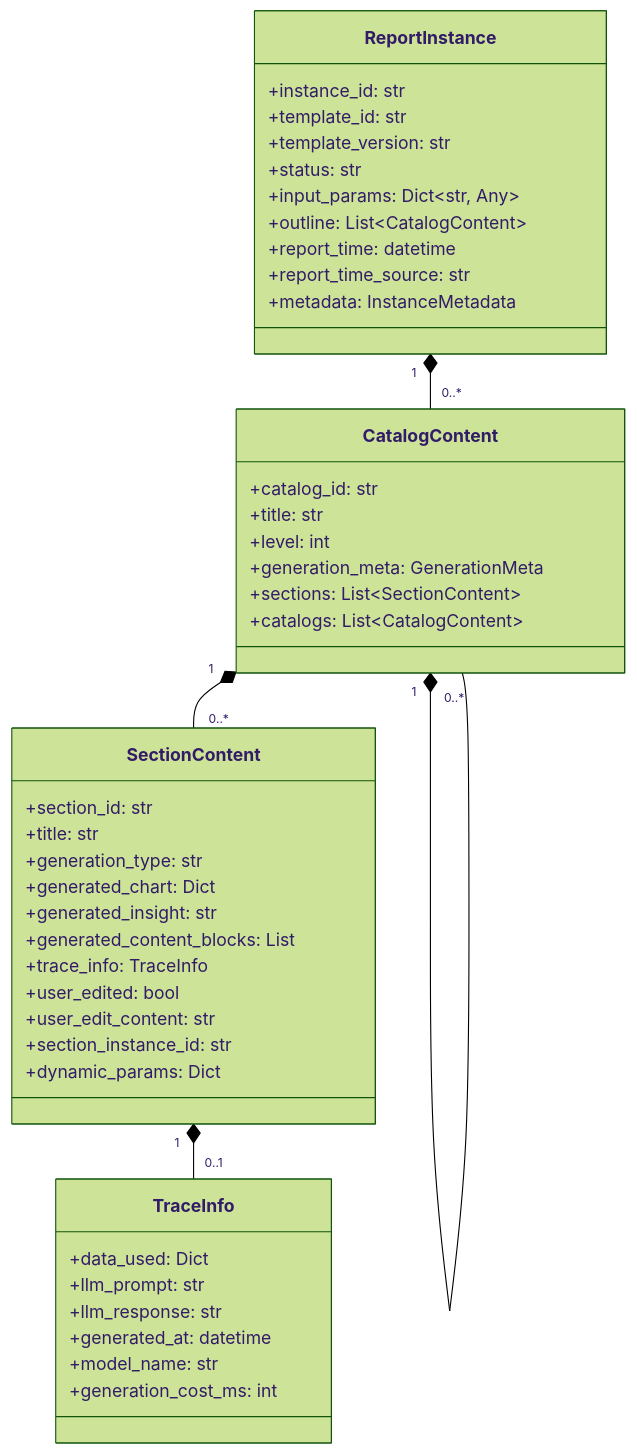
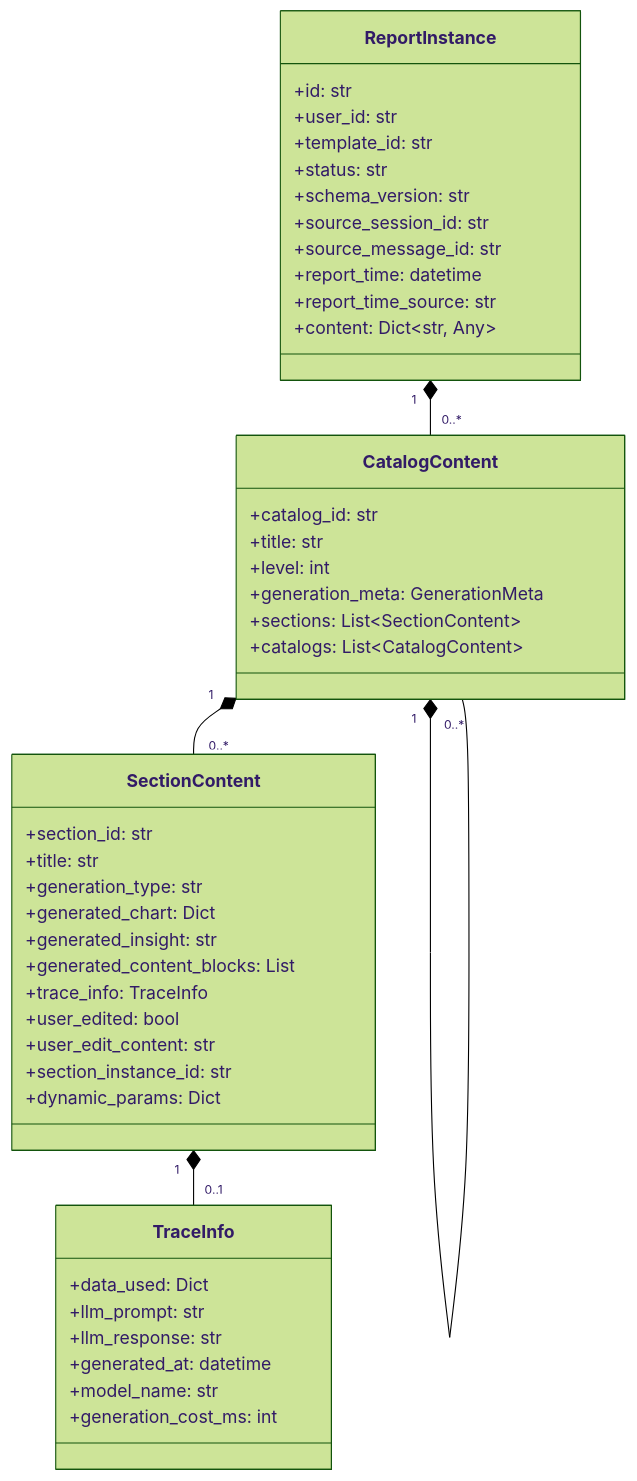
One commit to shel447/ReportSystem changed the first of 2 diagrams in design/design_instance.md. Above: the diagram before and after it, drawn with Mermaid (forest theme). The commit also changed other lines of this file and 10 other files, not shown here.

````diff
--- a/design/design_instance.md
+++ b/design/design_instance.md
@@ -95,51 +107,52 @@
 ```mermaid
 classDiagram
-    class ReportInstance {
-        +instance_id: str
+class ReportInstance {
+        +id: str
+        +user_id: str
         +template_id: str
-        +template_version: str
         +status: str
-        +input_params: Dict~str, Any~
-        +outline: List~CatalogContent~
+        +schema_version: str
+        +source_session_id: str
+        +source_message_id: str
         +report_time: datetime
         +report_time_source: str
-        +metadata: InstanceMetadata
+        +content: Dict~str, Any~
     }
     
     class CatalogContent {
         +catalog_id: str
         +title: str
         +level: int
         +generation_meta: GenerationMeta
         +sections: List~SectionContent~
         +catalogs: List~CatalogContent~
     }
     
     class SectionContent {
         +section_id: str
         +title: str
         +generation_type: str
         +generated_chart: Dict
         +generated_insight: str
         +generated_content_blocks: List
         +trace_info: TraceInfo
         +user_edited: bool
         +user_edit_content: str
         +section_instance_id: str
         +dynamic_params: Dict
     }
     
     class TraceInfo {
         +data_used: Dict
         +llm_prompt: str
         +llm_response: str
         +generated_at: datetime
         +model_name: str
         +generation_cost_ms: int
     }
     
     ReportInstance "1" *-- "0..*" CatalogContent
     CatalogContent "1" *-- "0..*" SectionContent
     CatalogContent "1" *-- "0..*" CatalogContent
     SectionContent "1" *-- "0..1" TraceInfo
 ```
````
